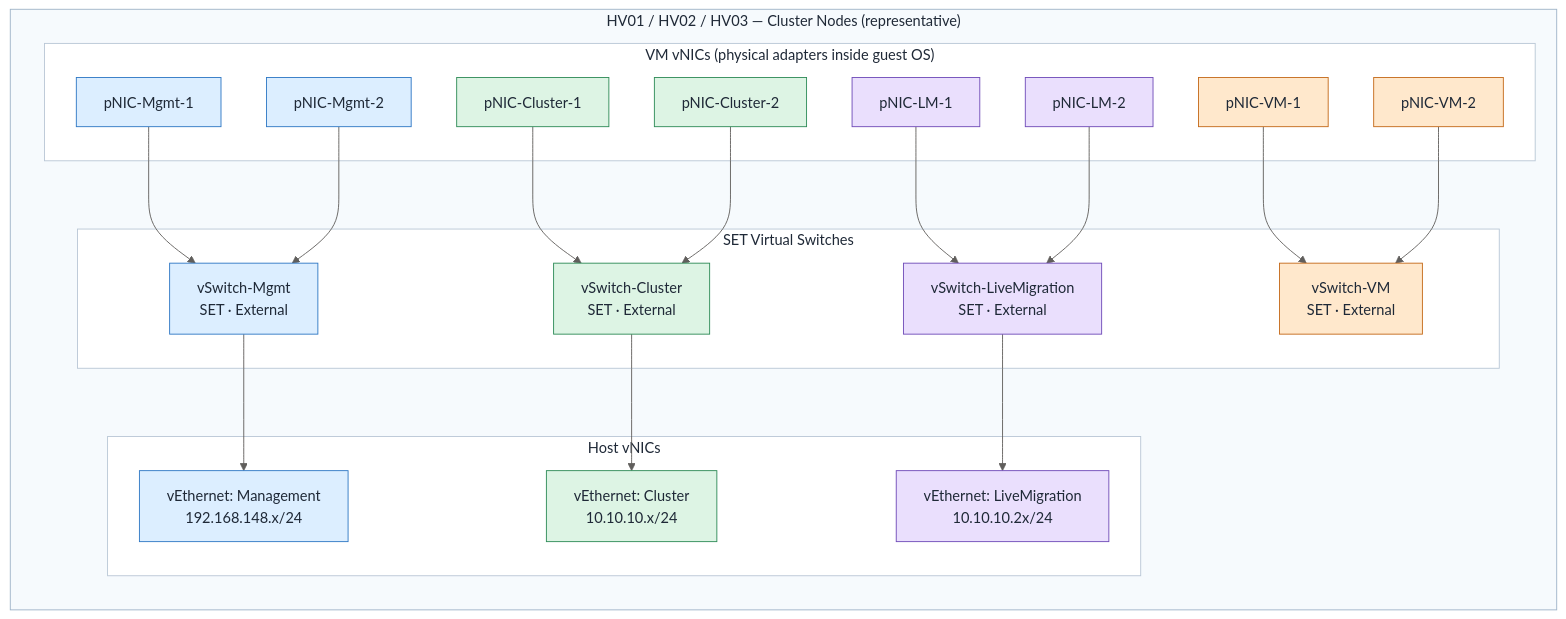
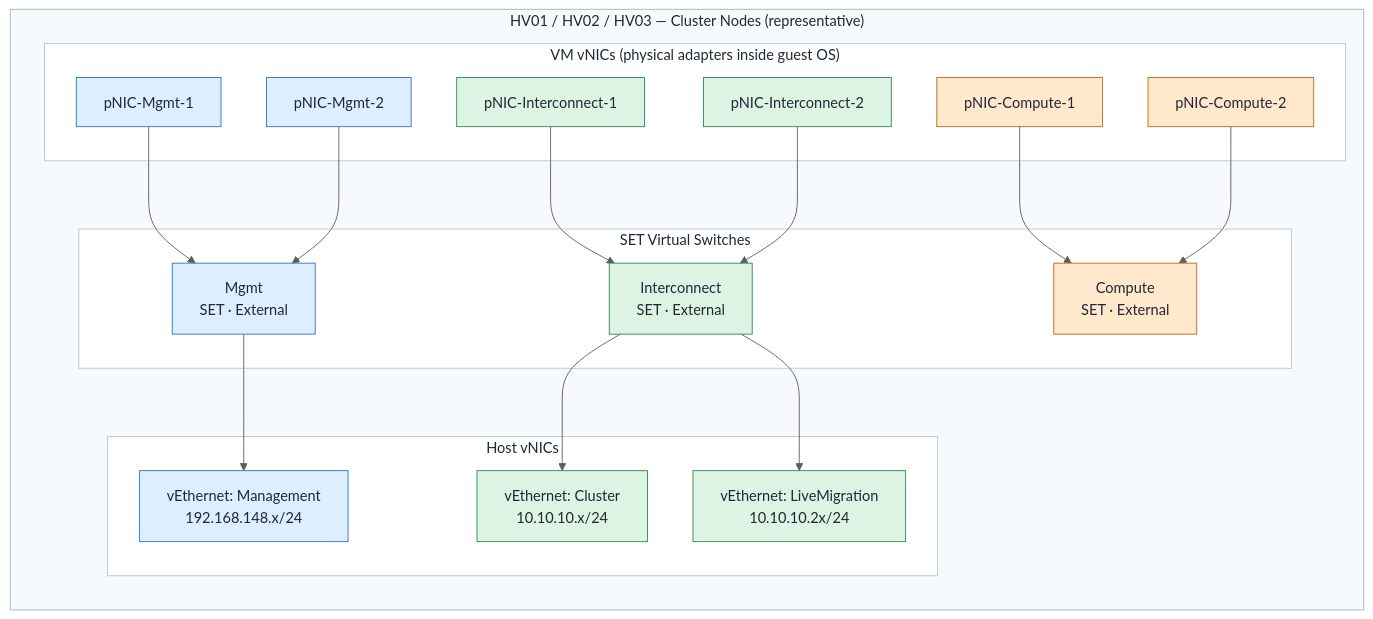
One commit to Greg-T8/ws2025-hyperv-cluster-lab changed the diagram in docs/hyper-v-failover-cluster-lab-guide.md. Above: the diagram before and after it, drawn with Mermaid. The commit also changed other lines of this file, not shown here.

Commit message:
feat: update Hyper-V Failover Cluster Lab Guide with new network topology and switch configurations

````diff
--- a/docs/hyper-v-failover-cluster-lab-guide.md
+++ b/docs/hyper-v-failover-cluster-lab-guide.md
@@ -39,61 +39,56 @@
 ```mermaid
 %%{init: {
     "theme": "base",
     "themeVariables": {
         "background": "#FDFEFE",
         "primaryTextColor": "#323130",
         "lineColor": "#605E5C",
         "clusterBkg": "#F7FAFD",
         "clusterBorder": "#A7BDD4"
     }
 }}%%
 graph LR
     subgraph NODE["HV01 / HV02 / HV03 — Cluster Nodes (representative)"]
         subgraph GNICS["VM vNICs (physical adapters inside guest OS)"]
             M1["pNIC-Mgmt-1"]
             M2["pNIC-Mgmt-2"]
-            C1["pNIC-Cluster-1"]
-            C2["pNIC-Cluster-2"]
-            LM1["pNIC-LM-1"]
-            LM2["pNIC-LM-2"]
-            CP1["pNIC-VM-1"]
-            CP2["pNIC-VM-2"]
+            IC1["pNIC-Interconnect-1"]
+            IC2["pNIC-Interconnect-2"]
+            CP1["pNIC-Compute-1"]
+            CP2["pNIC-Compute-2"]
         end
 
         subgraph GSET["SET Virtual Switches"]
-            SET_M["vSwitch-Mgmt\nSET · External"]
-            SET_C["vSwitch-Cluster\nSET · External"]
-            SET_LM["vSwitch-LiveMigration\nSET · External"]
-            SET_CP["vSwitch-VM\nSET · External"]
+            SET_M["Mgmt\nSET · External"]
+            SET_I["Interconnect\nSET · External"]
+            SET_CP["Compute\nSET · External"]
         end
 
         subgraph GVNICS["Host vNICs"]
             HV_MGMT["vEthernet: Management\n192.168.148.x/24"]
             HV_CLUS["vEthernet: Cluster\n10.10.10.x/24"]
             HV_LM["vEthernet: LiveMigration\n10.10.10.2x/24"]
         end
 
         M1 & M2 --> SET_M
-        C1 & C2 --> SET_C
-        LM1 & LM2 --> SET_LM
+        IC1 & IC2 --> SET_I
         CP1 & CP2 --> SET_CP
         SET_M --> HV_MGMT
-        SET_C --> HV_CLUS
-        SET_LM --> HV_LM
+        SET_I --> HV_CLUS
+        SET_I --> HV_LM
     end
 
     classDef mgmt fill:#DCEEFF,stroke:#2F78C4,stroke-width:1px,color:#1F2937;
     classDef cluster fill:#DDF4E4,stroke:#2E8B57,stroke-width:1px,color:#1F2937;
     classDef livemig fill:#EADFFD,stroke:#6F4BB8,stroke-width:1px,color:#1F2937;
     classDef vmnet fill:#FFE8CC,stroke:#C46A1A,stroke-width:1px,color:#1F2937;
 
     class M1,M2,SET_M,HV_MGMT mgmt;
-    class C1,C2,SET_C,HV_CLUS cluster;
-    class LM1,LM2,SET_LM,HV_LM livemig;
+    class IC1,IC2,SET_I,HV_CLUS,HV_LM cluster;
     class CP1,CP2,SET_CP vmnet;
 
     style NODE fill:#F6FAFD,stroke:#9FB3C8,stroke-width:1px,color:#1F2937
     style GNICS fill:#FFFFFF,stroke:#B9C7D6,stroke-width:1px,color:#1F2937
     style GSET fill:#FFFFFF,stroke:#B9C7D6,stroke-width:1px,color:#1F2937
     style GVNICS fill:#FFFFFF,stroke:#B9C7D6,stroke-width:1px,color:#1F2937
 ```
````
